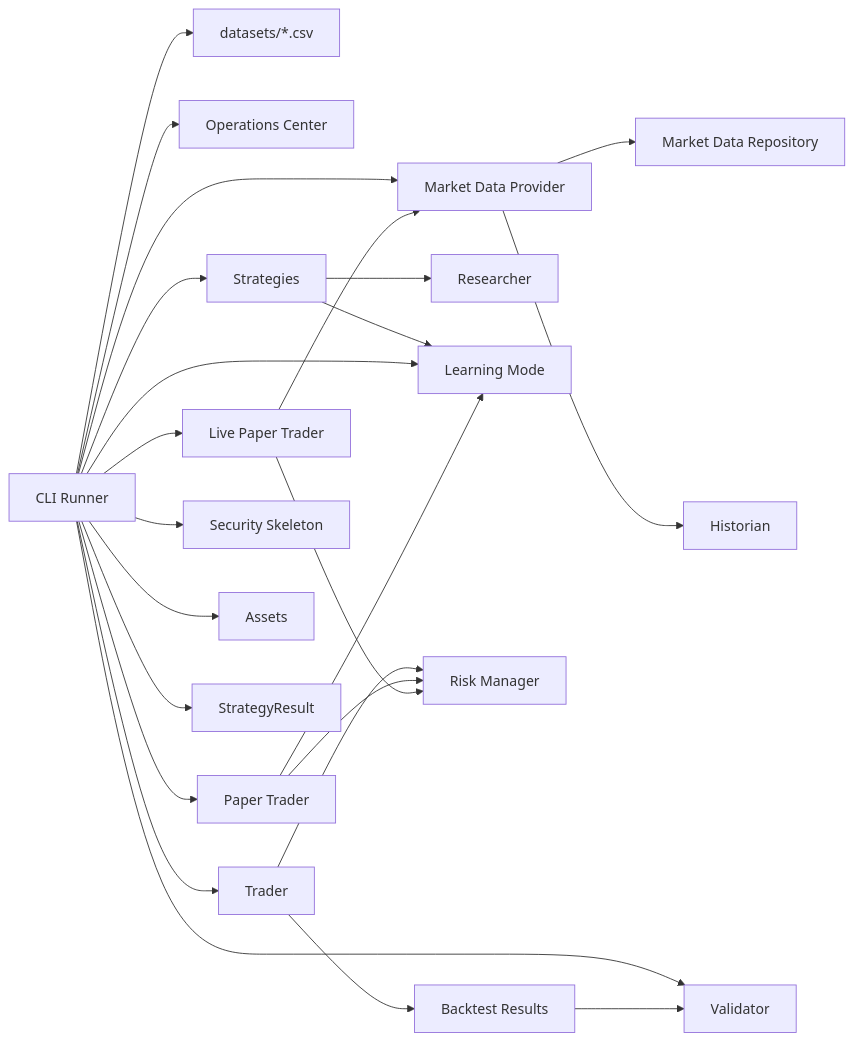
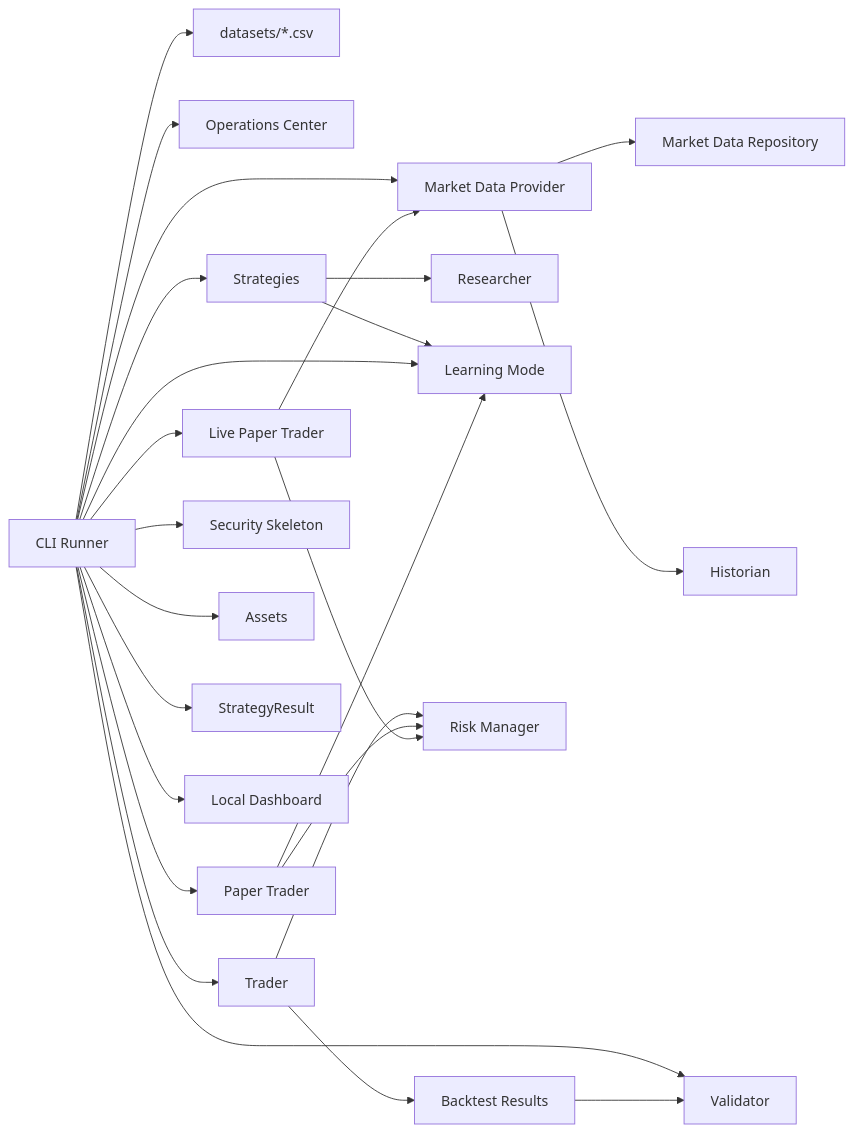
One commit to lumenXV/PTB-1 changed the diagram in ARCHITECTURE.md. Above: the diagram before and after it, drawn with Mermaid. The commit also changed other lines of this file and 6 other files, not shown here.

Commit message:
Add local dashboard shell

````diff
--- a/ARCHITECTURE.md
+++ b/ARCHITECTURE.md
@@ -15,26 +15,27 @@
 ```mermaid
 flowchart LR
     CLI["CLI Runner"] --> DatasetFiles["datasets/*.csv"]
     CLI --> Operations["Operations Center"]
     CLI --> MarketData["Market Data Provider"]
     MarketData --> MarketRepo["Market Data Repository"]
     MarketData --> Historian["Historian"]
     CLI --> Strategies["Strategies"]
     Strategies --> Researcher["Researcher"]
     Strategies --> Learning["Learning Mode"]
     CLI --> Learning
     CLI --> Trader["Trader"]
     CLI --> Paper["Paper Trader"]
     CLI --> LivePaper["Live Paper Trader"]
     CLI --> Security["Security Skeleton"]
     CLI --> Assets["Assets"]
     CLI --> StrategyResult["StrategyResult"]
+    CLI --> Dashboard["Local Dashboard"]
     Trader --> RiskManager["Risk Manager"]
     Paper --> RiskManager
     LivePaper --> RiskManager
     LivePaper --> MarketData
     Paper --> Learning
     Trader --> Result["Backtest Results"]
     CLI --> Validator["Validator"]
     Result --> Validator
 ```
````
